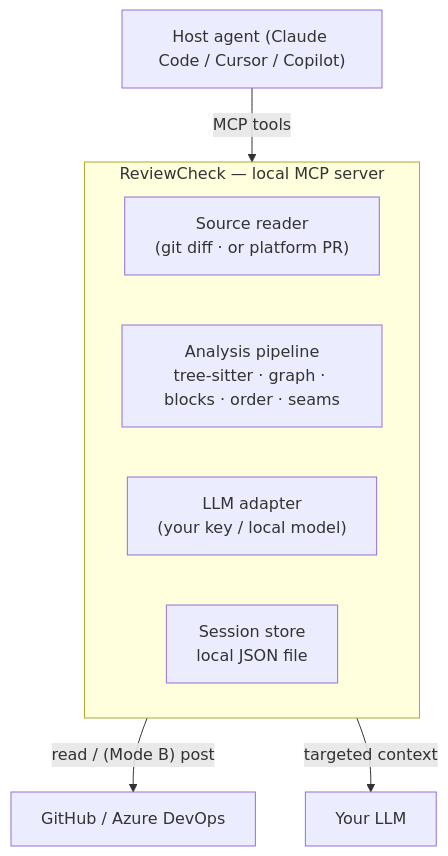
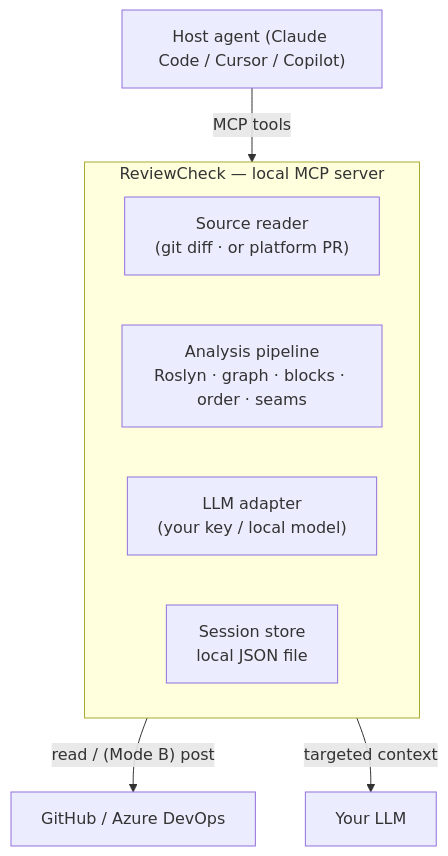
One commit to Daisonoio/ReviewCheck changed the second of 2 diagrams in README.md. Above: the diagram before and after it, drawn with Mermaid. The commit also changed other lines of this file and 12 other files, not shown here.

````diff
--- a/README.md
+++ b/README.md
@@ -141,12 +141,12 @@
 ```mermaid
 flowchart TB
     Host["Host agent (Claude Code / Cursor / Copilot)"] -->|MCP tools| RC
     subgraph RC["ReviewCheck — local MCP server"]
         SR["Source reader<br/>(git diff · or platform PR)"]
-        PL["Analysis pipeline<br/>tree-sitter · graph · blocks · order · seams"]
+        PL["Analysis pipeline<br/>Roslyn · graph · blocks · order · seams"]
         LA["LLM adapter<br/>(your key / local model)"]
         SS["Session store<br/>local JSON file"]
     end
     RC -->|"read / (Mode B) post"| GH["GitHub / Azure DevOps"]
     RC -->|"targeted context"| LLM["Your LLM"]
 ```
````
